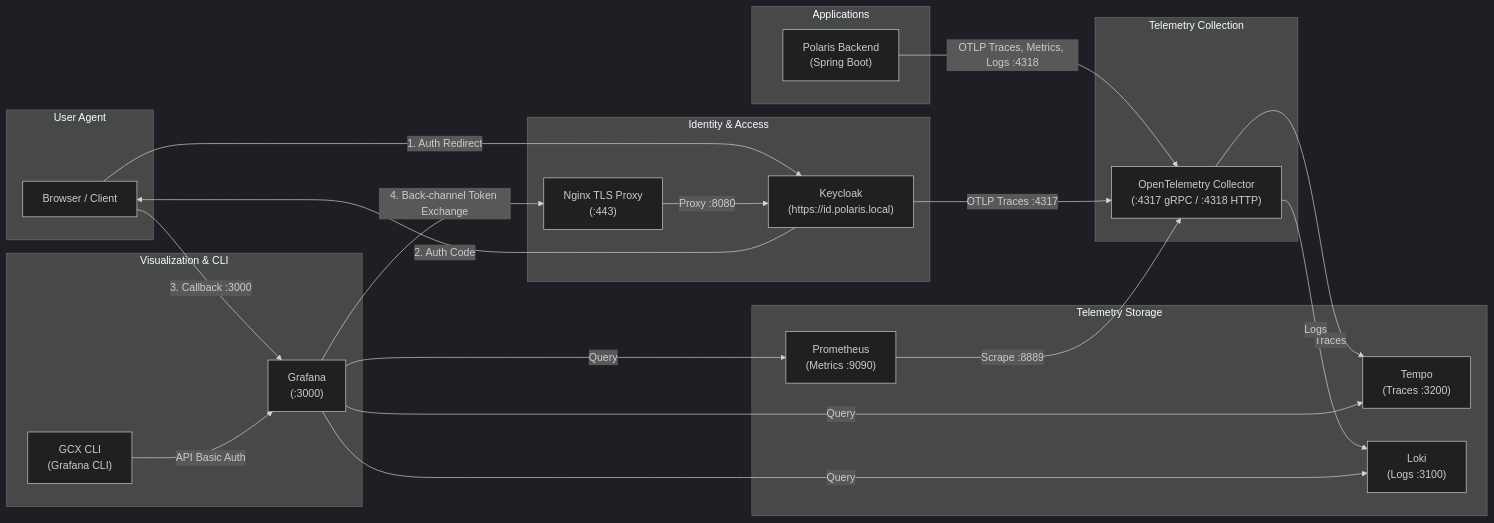
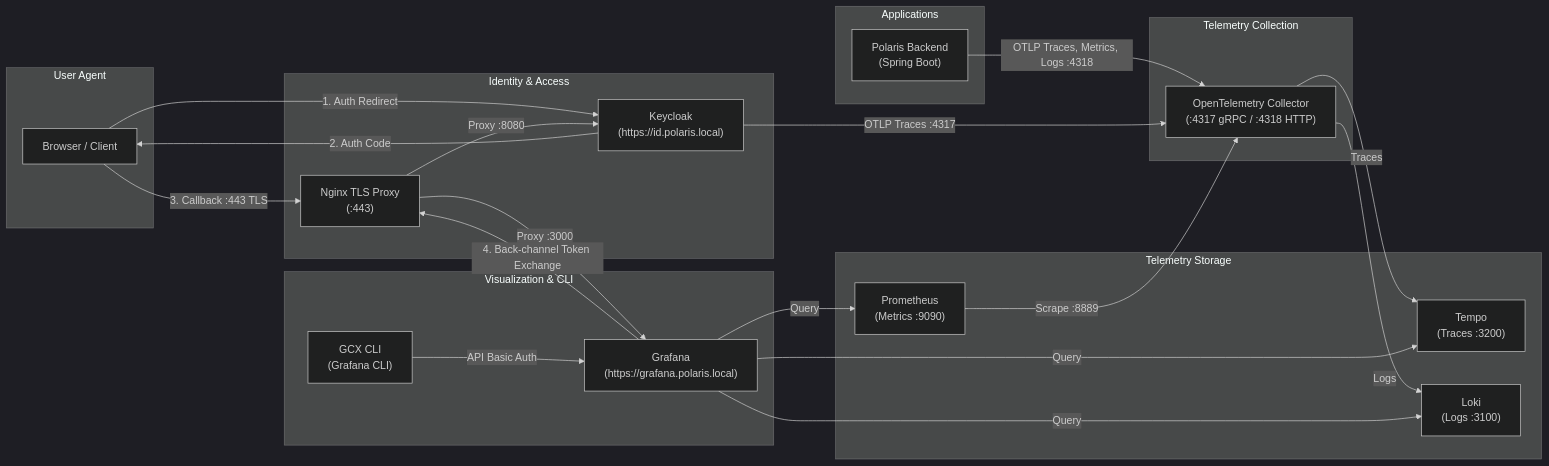
The diagram in src/java/03-Polaris/docs/observability.md (vungdv/hometask1), drawn with Mermaid (dark theme) before and after one commit. The commit also changed other lines of this file and 8 other files, not shown here.

Commit message:
use grafana.polaris.local

````diff
--- a/src/java/03-Polaris/docs/observability.md
+++ b/src/java/03-Polaris/docs/observability.md
@@ -9,47 +9,48 @@
 ```mermaid
 flowchart LR
     subgraph Browser["User Agent"]
         User["Browser / Client"]
     end
 
     subgraph Security["Identity & Access"]
         Keycloak["Keycloak<br/>(https://id.polaris.local)"]
         Nginx["Nginx TLS Proxy<br/>(:443)"]
     end
 
     subgraph Apps["Applications"]
         Polaris["Polaris Backend<br/>(Spring Boot)"]
     end
 
     subgraph Collector["Telemetry Collection"]
         OTel["OpenTelemetry Collector<br/>(:4317 gRPC / :4318 HTTP)"]
     end
 
     subgraph Storage["Telemetry Storage"]
         Tempo["Tempo<br/>(Traces :3200)"]
         Loki["Loki<br/>(Logs :3100)"]
         Prometheus["Prometheus<br/>(Metrics :9090)"]
     end
 
     subgraph UI["Visualization & CLI"]
-        Grafana["Grafana<br/>(:3000)"]
+        Grafana["Grafana<br/>(https://grafana.polaris.local)"]
         GCX["GCX CLI<br/>(Grafana CLI)"]
     end
 
     User -->|1. Auth Redirect| Keycloak
     Keycloak -->|2. Auth Code| User
-    User -->|3. Callback :3000| Grafana
+    User -->|3. Callback :443 TLS| Nginx
+    Nginx -->|Proxy :3000| Grafana
     Grafana -->|4. Back-channel Token Exchange| Nginx
     Nginx -->|Proxy :8080| Keycloak
 
     Polaris -->|OTLP Traces, Metrics, Logs :4318| OTel
     Keycloak -->|OTLP Traces :4317| OTel
     OTel -->|Traces| Tempo
     OTel -->|Logs| Loki
     Prometheus -->|Scrape :8889| OTel
 
     Grafana -->|Query| Tempo
     Grafana -->|Query| Loki
     Grafana -->|Query| Prometheus
     GCX -->|API Basic Auth| Grafana
 ```
````
